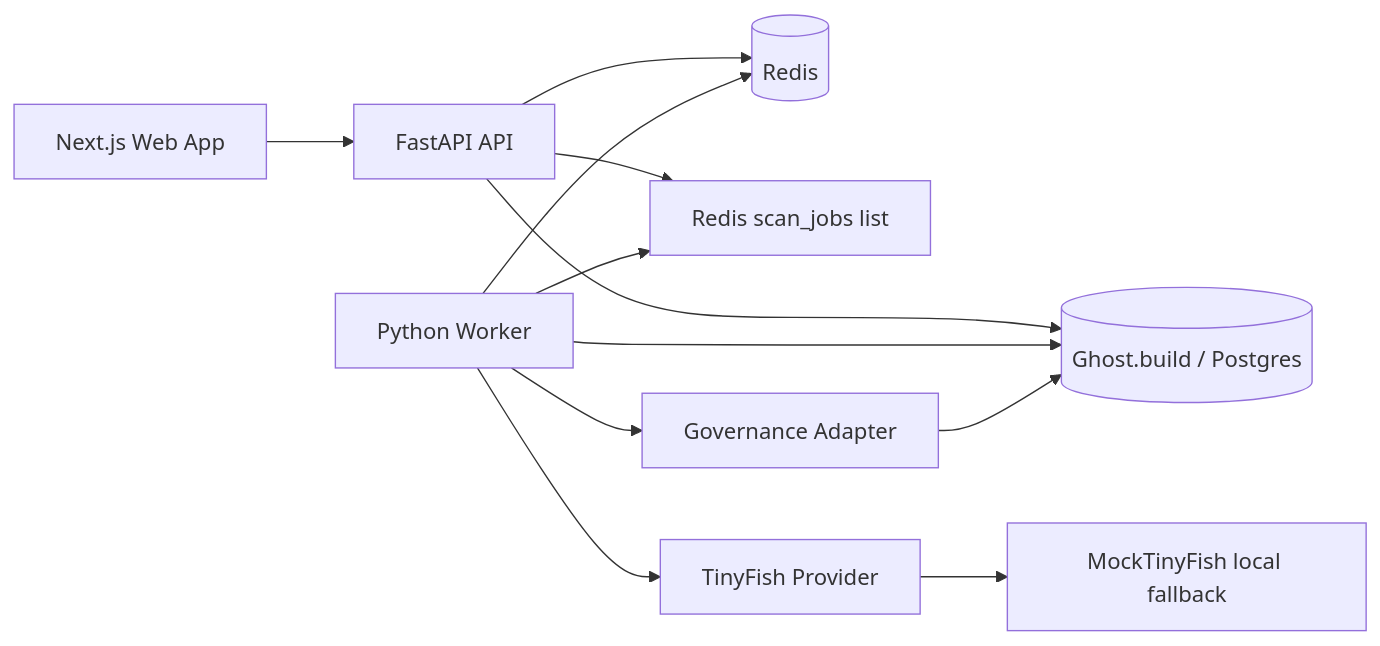
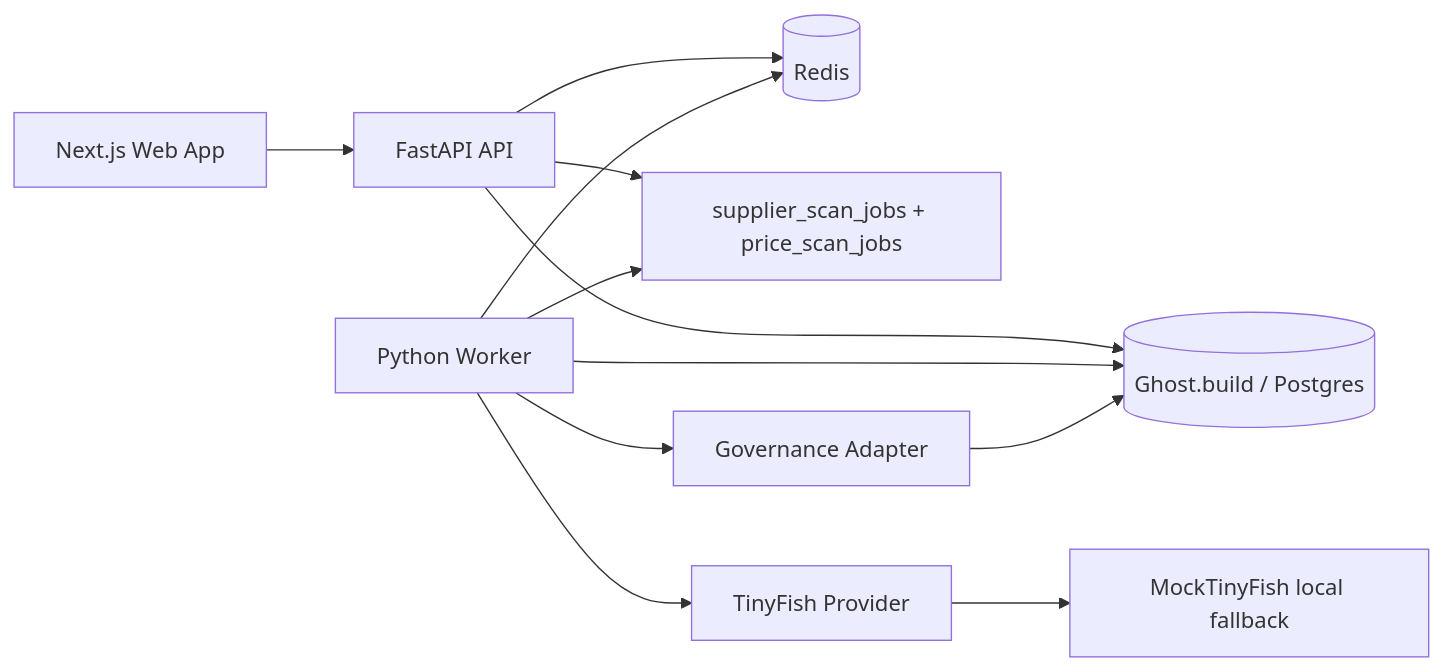
The diagram in docs/architecture.md (eshan-chawla/Ship-to-Prod_Agentic-Engineering-Hackathon), drawn with Mermaid before and after one commit. The commit also changed other lines of this file and 18 other files, not shown here.

Commit message:
Update Redis integration and requirements; refactor RedisContext to utilize SemanticCache and AgentMemory, enhance job queue handling, and improve memory management for supplier and product scans. Update requirements for sqlmodel and psycopg, and add fakeredis for testing.

````diff
--- a/docs/architecture.md
+++ b/docs/architecture.md
@@ -3,14 +3,14 @@
 ```mermaid
 flowchart LR
   Web[Next.js Web App] --> API[FastAPI API]
   API --> PG[(Ghost.build / Postgres)]
   API --> Redis[(Redis)]
-  API --> Queue[Redis scan_jobs list]
+  API --> Queue[supplier_scan_jobs + price_scan_jobs]
   Worker[Python Worker] --> Queue
   Worker --> Redis
   Worker --> TinyFish[TinyFish Provider]
   TinyFish --> Mock[MockTinyFish local fallback]
   Worker --> PG
   Worker --> Gov[Governance Adapter]
   Gov --> PG
 ```
````
